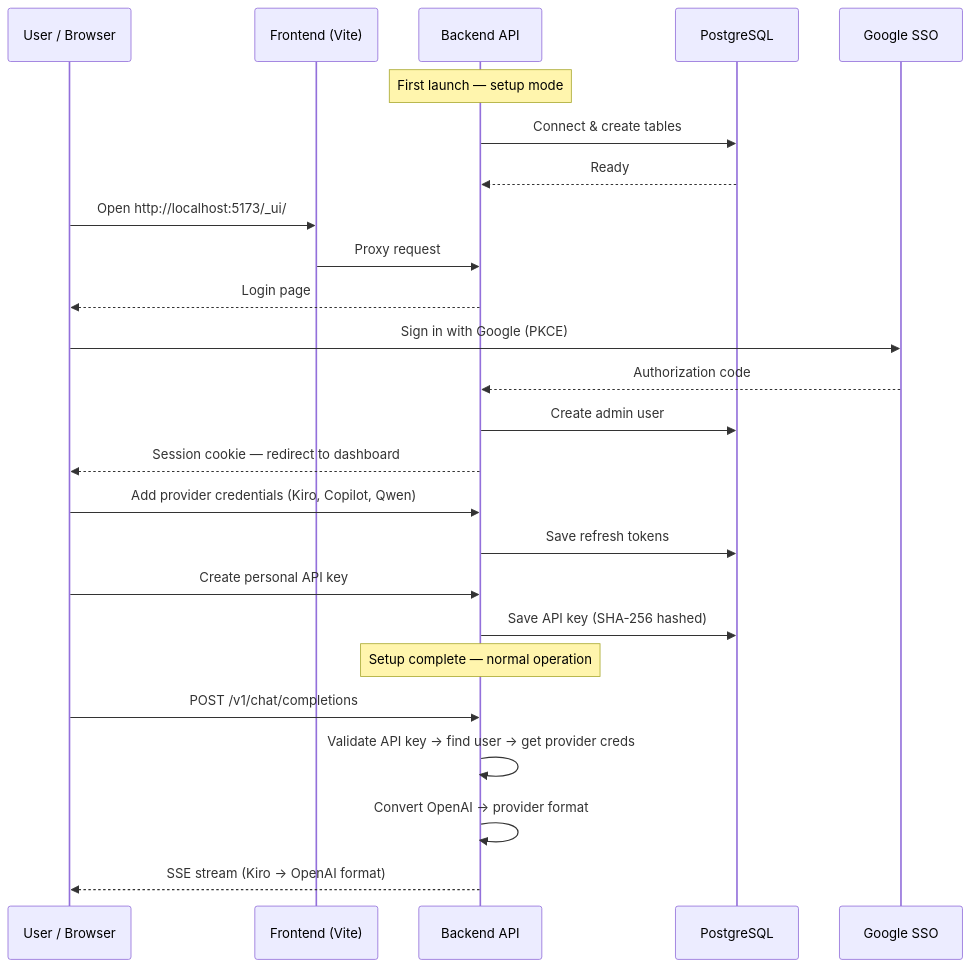
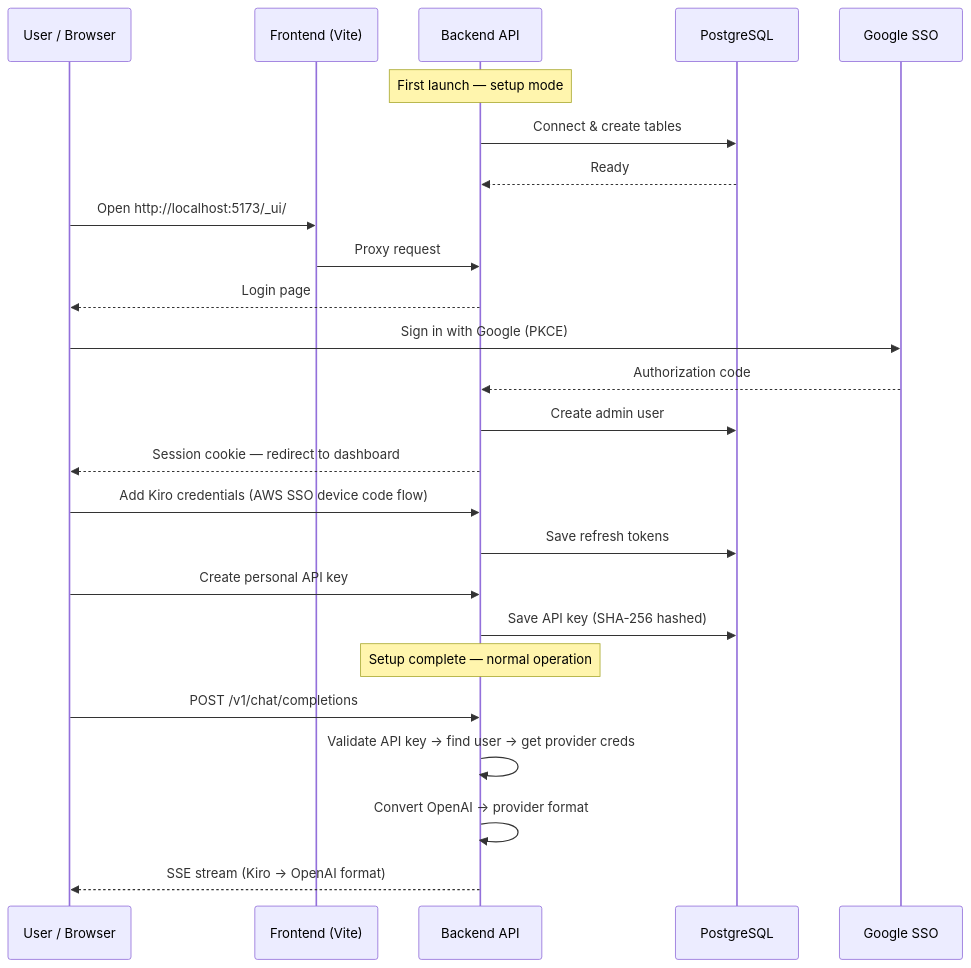
One commit to if414013/harbangan changed the diagram in gh-pages/docs/getting-started.md. Above: the diagram before and after it, drawn with Mermaid. The commit also changed other lines of this file and 10 other files, not shown here.

````diff
--- a/gh-pages/docs/getting-started.md
+++ b/gh-pages/docs/getting-started.md
@@ -240,34 +230,34 @@
 ```mermaid
 sequenceDiagram
     participant User as User / Browser
     participant FE as Frontend (Vite)
     participant GW as Backend API
     participant DB as PostgreSQL
     participant Google as Google SSO
 
     Note over GW: First launch — setup mode
     GW->>DB: Connect & create tables
     DB-->>GW: Ready
 
     User->>FE: Open http://localhost:5173/_ui/
     FE->>GW: Proxy request
     GW-->>User: Login page
 
     User->>Google: Sign in with Google (PKCE)
     Google-->>GW: Authorization code
     GW->>DB: Create admin user
     GW-->>User: Session cookie — redirect to dashboard
 
-    User->>GW: Add provider credentials (Kiro, Copilot, Qwen)
+    User->>GW: Add Kiro credentials (AWS SSO device code flow)
     GW->>DB: Save refresh tokens
 
     User->>GW: Create personal API key
     GW->>DB: Save API key (SHA-256 hashed)
 
     Note over GW: Setup complete — normal operation
 
     User->>GW: POST /v1/chat/completions
     GW->>GW: Validate API key → find user → get provider creds
     GW->>GW: Convert OpenAI → provider format
     GW-->>User: SSE stream (Kiro → OpenAI format)
 ```
````
